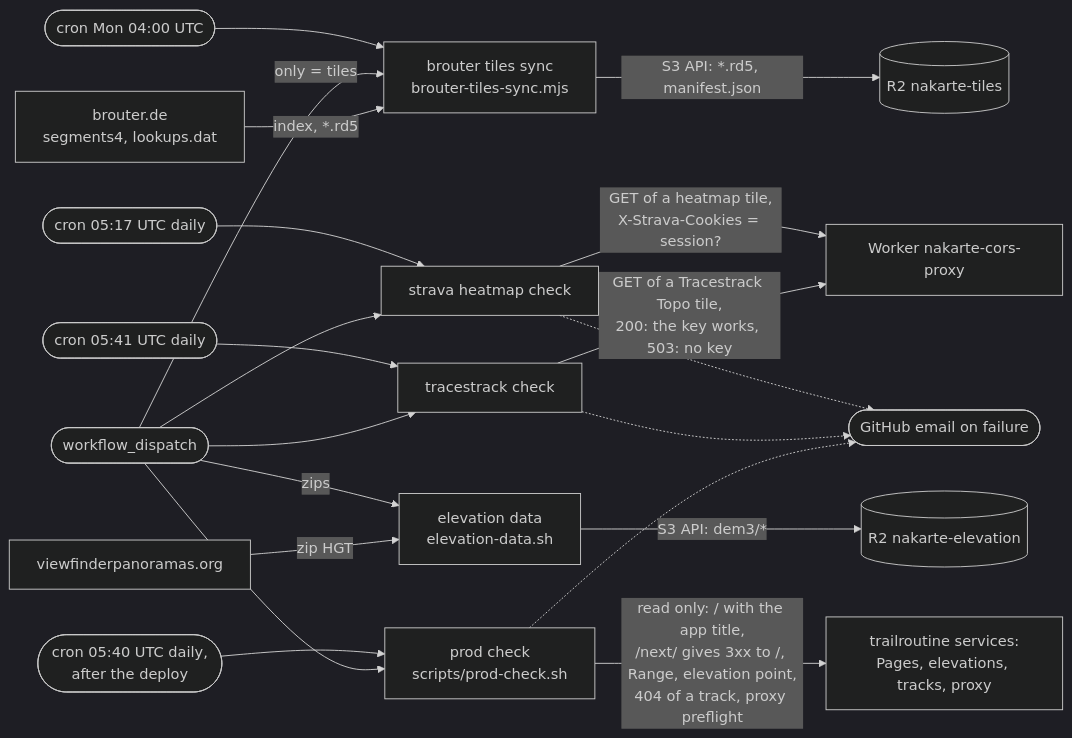
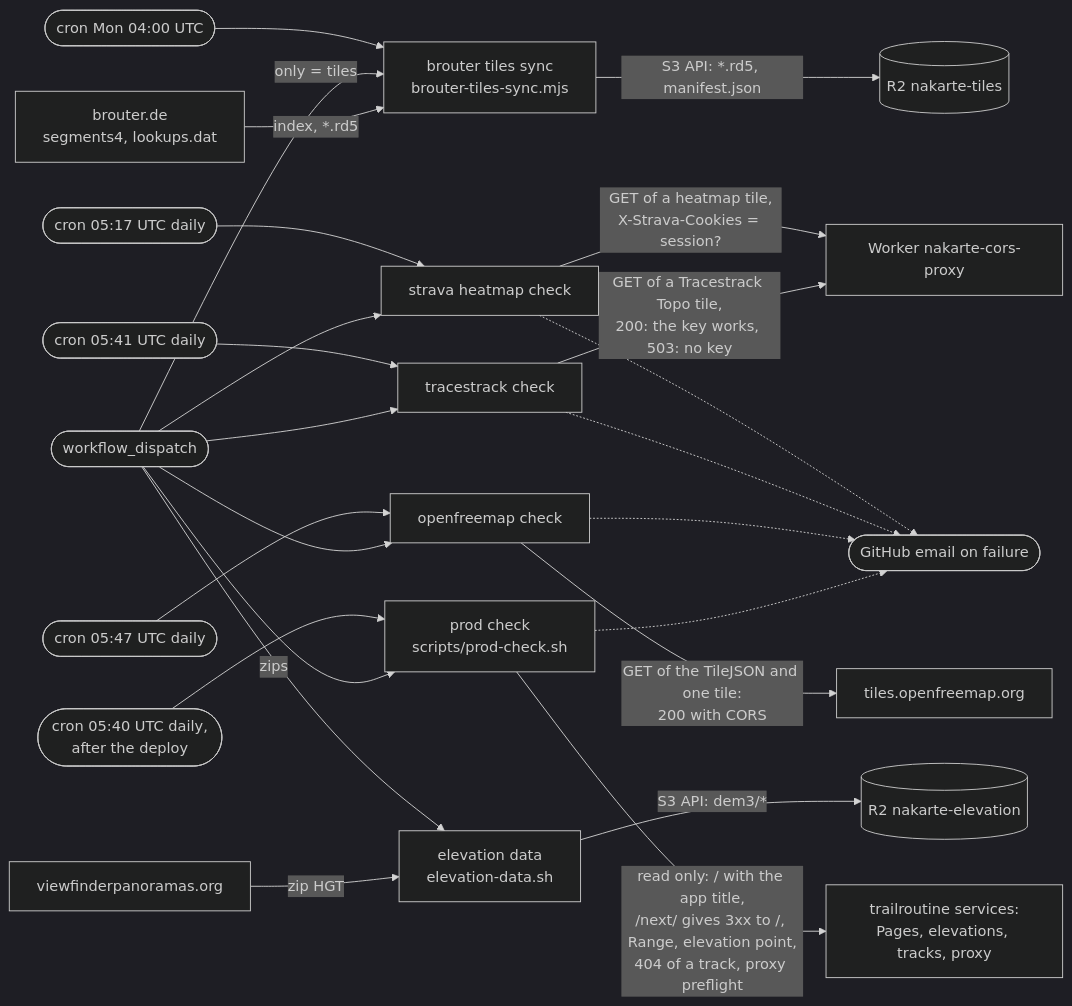
The second of 2 diagrams in docs/architecture/ci-cd.md (sergeycw/trailroutine), drawn with Mermaid (dark theme) before and after one commit. The commit also changed other lines of this file and 3 other files, not shown here.

First line of the commit message:
check the openfreemap basemap once a day

````diff
--- a/docs/architecture/ci-cd.md
+++ b/docs/architecture/ci-cd.md
@@ -71,42 +71,49 @@
 ```mermaid
 flowchart LR
     cron2(["cron Mon 04:00 UTC"])
     cron3(["cron 05:17 UTC daily"])
     cron5(["cron 05:41 UTC daily"])
+    cron6(["cron 05:47 UTC daily"])
     manual(["workflow_dispatch"])
 
     sync["brouter tiles sync<br/>brouter-tiles-sync.mjs"]
     edata["elevation data<br/>elevation-data.sh"]
     scheck["strava heatmap check"]
     tcheck["tracestrack check"]
+    ocheck["openfreemap check"]
     pcheck["prod check<br/>scripts/prod-check.sh"]
     cron4(["cron 05:40 UTC daily,<br/>after the deploy"])
     own["trailroutine services:<br/>Pages, elevations, tracks, proxy"]
 
     brouterde["brouter.de<br/>segments4, lookups.dat"]
     vfp["viewfinderpanoramas.org"]
     r2tiles[("R2 nakarte-tiles")]
     r2elev[("R2 nakarte-elevation")]
     proxy["Worker nakarte-cors-proxy"]
+    ofm["tiles.openfreemap.org"]
     mail(["GitHub email on failure"])
 
     cron2 --> sync
     manual -->|"only = tiles"| sync
     manual -->|"zips"| edata
     cron3 --> scheck
     manual --> scheck
     brouterde -->|"index, *.rd5"| sync
     sync -->|"S3 API: *.rd5, manifest.json"| r2tiles
     vfp -->|"zip HGT"| edata
     edata -->|"S3 API: dem3/*"| r2elev
     scheck -->|"GET of a heatmap tile,<br/>X-Strava-Cookies = session?"| proxy
     scheck -.-> mail
     cron5 --> tcheck
     manual --> tcheck
     tcheck -->|"GET of a Tracestrack Topo tile,<br/>200: the key works, 503: no key"| proxy
     tcheck -.-> mail
+    cron6 --> ocheck
+    manual --> ocheck
+    ocheck -->|"GET of the TileJSON and one tile:<br/>200 with CORS"| ofm
+    ocheck -.-> mail
     cron4 --> pcheck
     manual --> pcheck
     pcheck -->|"read only: / with the app title,<br/>/next/ gives 3xx to /, Range, elevation point,<br/>404 of a track, proxy preflight"| own
     pcheck -.-> mail
 ```
````
